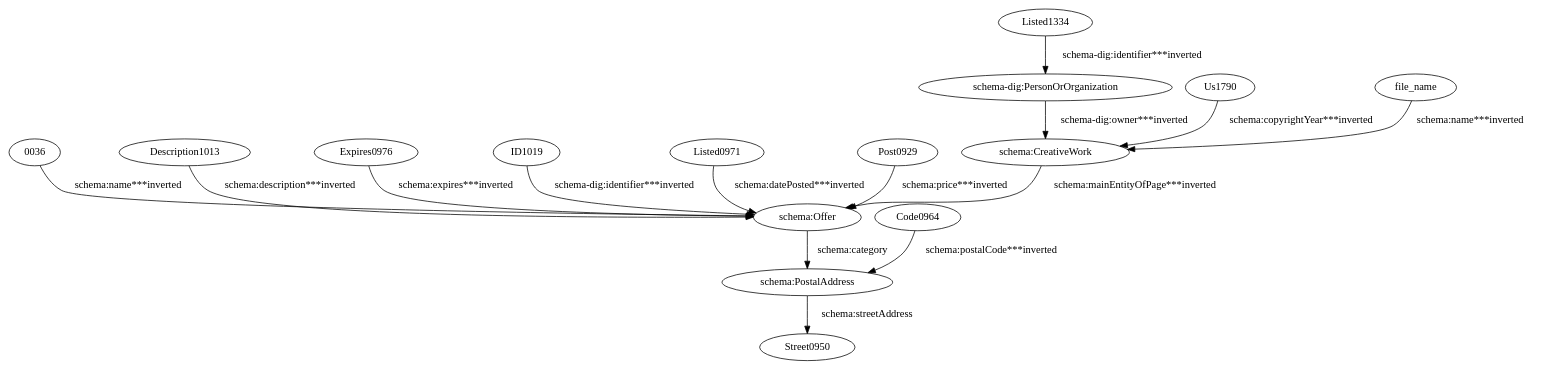
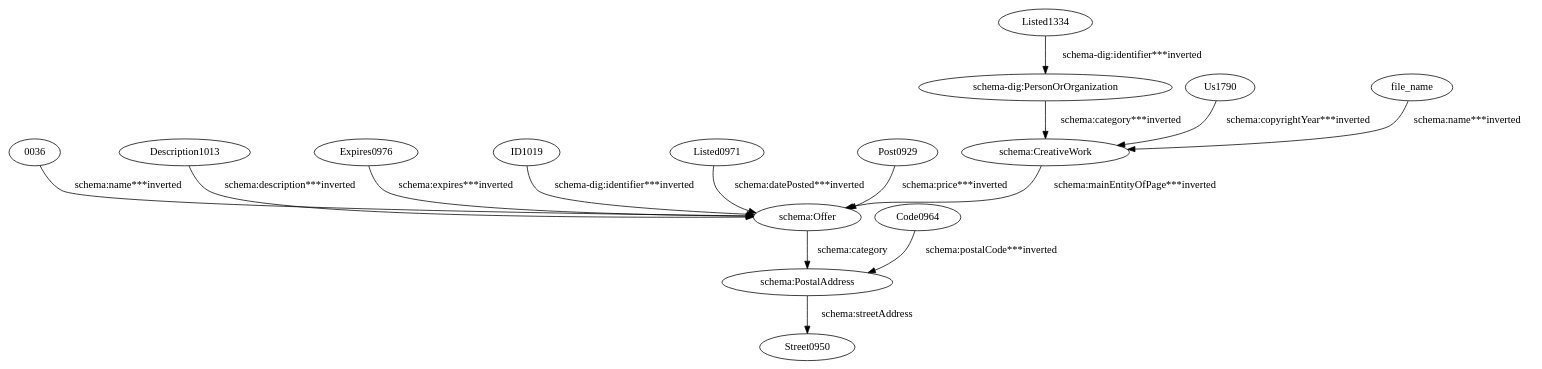
One commit to giuseppefutia/semi changed the diagram in data/taheriyan2016/task_04/semantic_models/steiner/dot/msguntrader.dot. Above: the diagram before and after it, drawn with Graphviz. The commit also changed 119 other files, not shown here.

```diff
--- a/data/taheriyan2016/task_04/semantic_models/steiner/dot/msguntrader.dot
+++ b/data/taheriyan2016/task_04/semantic_models/steiner/dot/msguntrader.dot
@@ -1,31 +1,31 @@
 digraph {
   "0036" [type=attribute_name,label="0036"]
   "schema:Offer1" [type=class_uri,label="schema:Offer"]
   Code0964 [type=attribute_name,label=Code0964]
   "schema:PostalAddress1" [type=class_uri,label="schema:PostalAddress"]
   Description1013 [type=attribute_name,label=Description1013]
   Expires0976 [type=attribute_name,label=Expires0976]
   ID1019 [type=attribute_name,label=ID1019]
   Listed0971 [type=attribute_name,label=Listed0971]
   Listed1334 [type=attribute_name,label=Listed1334]
   "schema-dig:PersonOrOrganization1" [type=class_uri,label="schema-dig:PersonOrOrganization"]
   Post0929 [type=attribute_name,label=Post0929]
   Us1790 [type=attribute_name,label=Us1790]
   "schema:CreativeWork1" [type=class_uri,label="schema:CreativeWork"]
   file_name [type=attribute_name,label=file_name]
   Street0950 [type=attribute_name,label=Street0950]
   "0036" -> "schema:Offer1" [type=st_property_uri,label="schema:name***inverted",weight=1]
   Code0964 -> "schema:PostalAddress1" [type=st_property_uri,label="schema:postalCode***inverted",weight=1]
   Description1013 -> "schema:Offer1" [type=st_property_uri,label="schema:description***inverted",weight=1]
   Expires0976 -> "schema:Offer1" [type=st_property_uri,label="schema:expires***inverted",weight=1]
   ID1019 -> "schema:Offer1" [type=st_property_uri,label="schema-dig:identifier***inverted",weight=1]
   Listed0971 -> "schema:Offer1" [type=st_property_uri,label="schema:datePosted***inverted",weight=1]
   Listed1334 -> "schema-dig:PersonOrOrganization1" [type=st_property_uri,label="schema-dig:identifier***inverted",weight=1]
   Post0929 -> "schema:Offer1" [type=st_property_uri,label="schema:price***inverted",weight=1]
   Us1790 -> "schema:CreativeWork1" [type=st_property_uri,label="schema:copyrightYear***inverted",weight=1]
   file_name -> "schema:CreativeWork1" [type=st_property_uri,label="schema:name***inverted",weight=1]
-  "schema-dig:PersonOrOrganization1" -> "schema:CreativeWork1" [type=inherited,label="schema-dig:owner***inverted",weight=4]
+  "schema-dig:PersonOrOrganization1" -> "schema:CreativeWork1" [type=inherited,label="schema:category***inverted",weight=4]
   "schema:CreativeWork1" -> "schema:Offer1" [type=inherited,label="schema:mainEntityOfPage***inverted",weight=4]
   "schema:Offer1" -> "schema:PostalAddress1" [label="schema:category",type=inherited,weight=4]
   "schema:PostalAddress1" -> Street0950 [label="schema:streetAddress",type=st_property_uri]
 }
```
